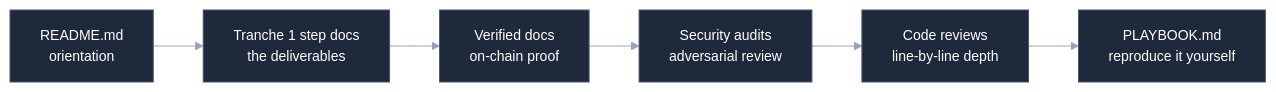
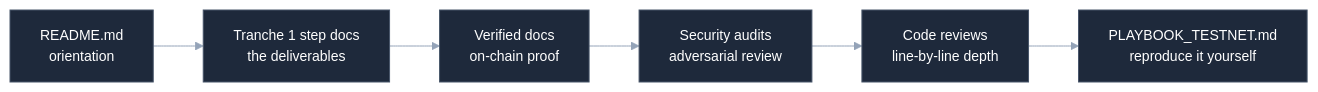
Before and after one commit to reapp-protocol/reapp-protocol: the diagram in docs/list.md, drawn with Mermaid. The commit also changed other lines of this file and 4 other files, not shown here.

````diff
--- a/docs/list.md
+++ b/docs/list.md
@@ -15,9 +15,9 @@
 ```mermaid
 %%{init: {'theme':'base','themeVariables':{'fontSize':'14px','lineColor':'#94a3b8','primaryColor':'#1e293b','primaryTextColor':'#ffffff','primaryBorderColor':'#475569'}}}%%
 flowchart LR
   A[README.md<br/>orientation] --> B[Tranche 1 step docs<br/>the deliverables]
   B --> C[Verified docs<br/>on-chain proof]
   C --> D[Security audits<br/>adversarial review]
   D --> E[Code reviews<br/>line-by-line depth]
-  E --> F[PLAYBOOK.md<br/>reproduce it yourself]
+  E --> F[PLAYBOOK_TESTNET.md<br/>reproduce it yourself]
 ```
````
